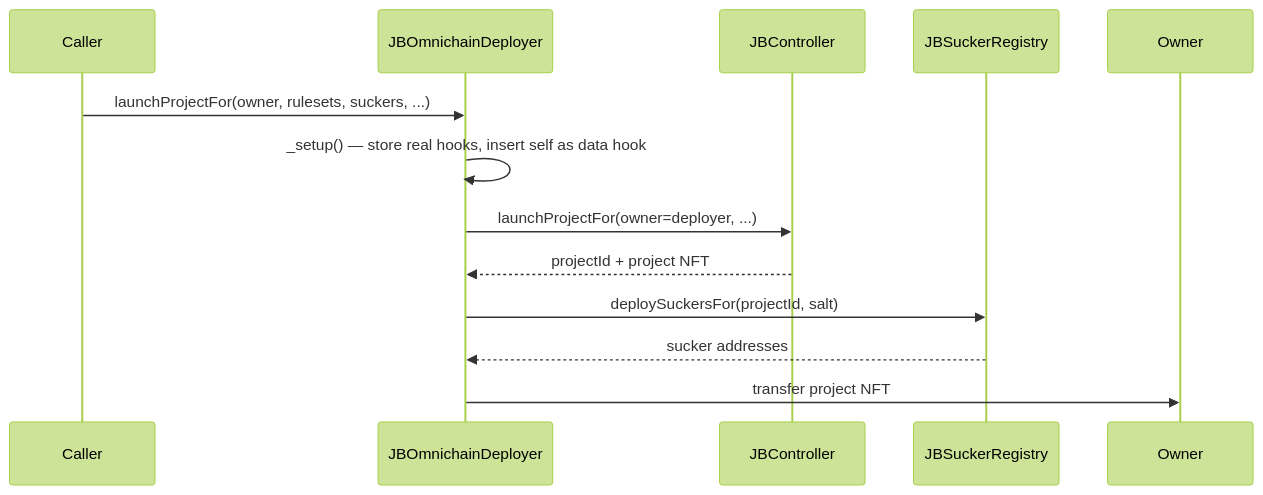
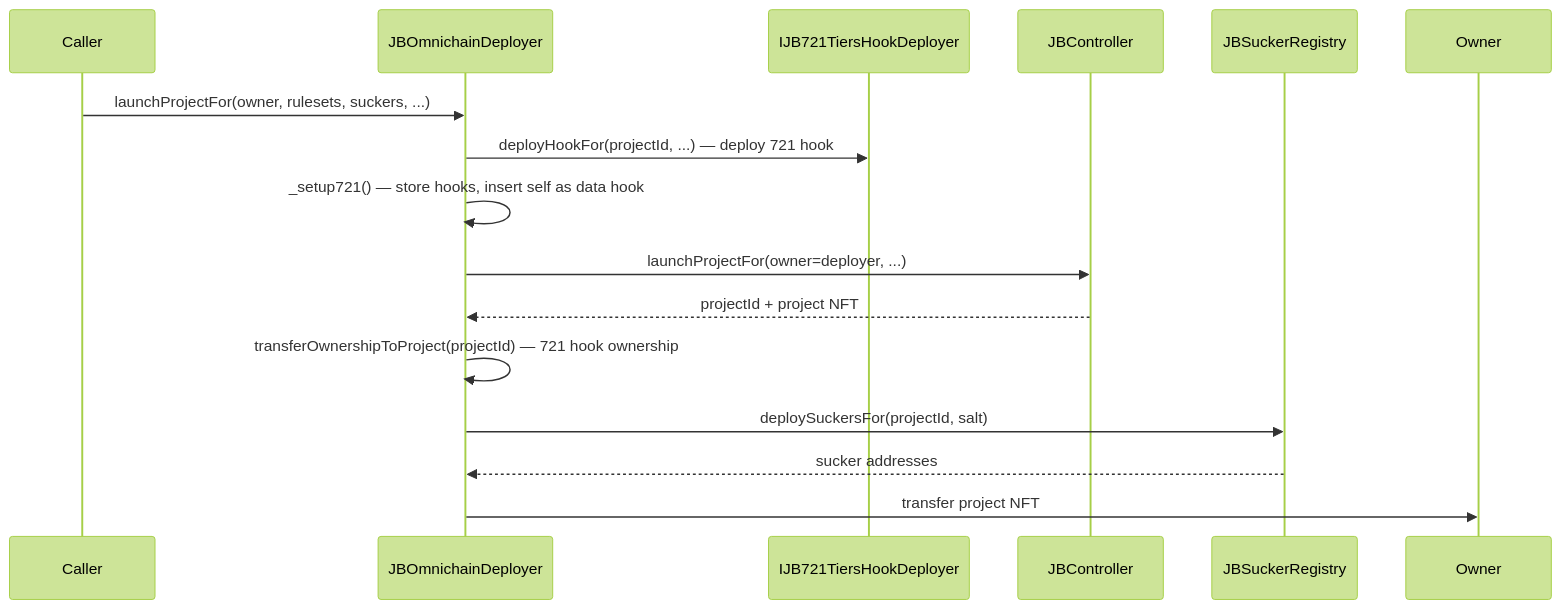
The first of 2 diagrams in README.md (Bananapus/nana-omnichain-deployers-v6), drawn with Mermaid (forest theme) before and after one commit. The commit also changed other lines of this file and 4 other files, not shown here.

First line of the commit message:
Update docs to reflect always-721 hook architecture

````diff
--- a/README.md
+++ b/README.md
@@ -22,16 +22,19 @@
 ```mermaid
 sequenceDiagram
     participant Caller
     participant Deployer as JBOmnichainDeployer
+    participant HookDeployer as IJB721TiersHookDeployer
     participant Controller as JBController
     participant Registry as JBSuckerRegistry
     participant Owner
 
     Caller->>Deployer: launchProjectFor(owner, rulesets, suckers, ...)
-    Deployer->>Deployer: _setup() — store real hooks, insert self as data hook
+    Deployer->>HookDeployer: deployHookFor(projectId, ...) — deploy 721 hook
+    Deployer->>Deployer: _setup721() — store hooks, insert self as data hook
     Deployer->>Controller: launchProjectFor(owner=deployer, ...)
     Controller-->>Deployer: projectId + project NFT
+    Deployer->>Deployer: transferOwnershipToProject(projectId) — 721 hook ownership
     Deployer->>Registry: deploySuckersFor(projectId, salt)
     Registry-->>Deployer: sucker addresses
     Deployer->>Owner: transfer project NFT
 ```
````
